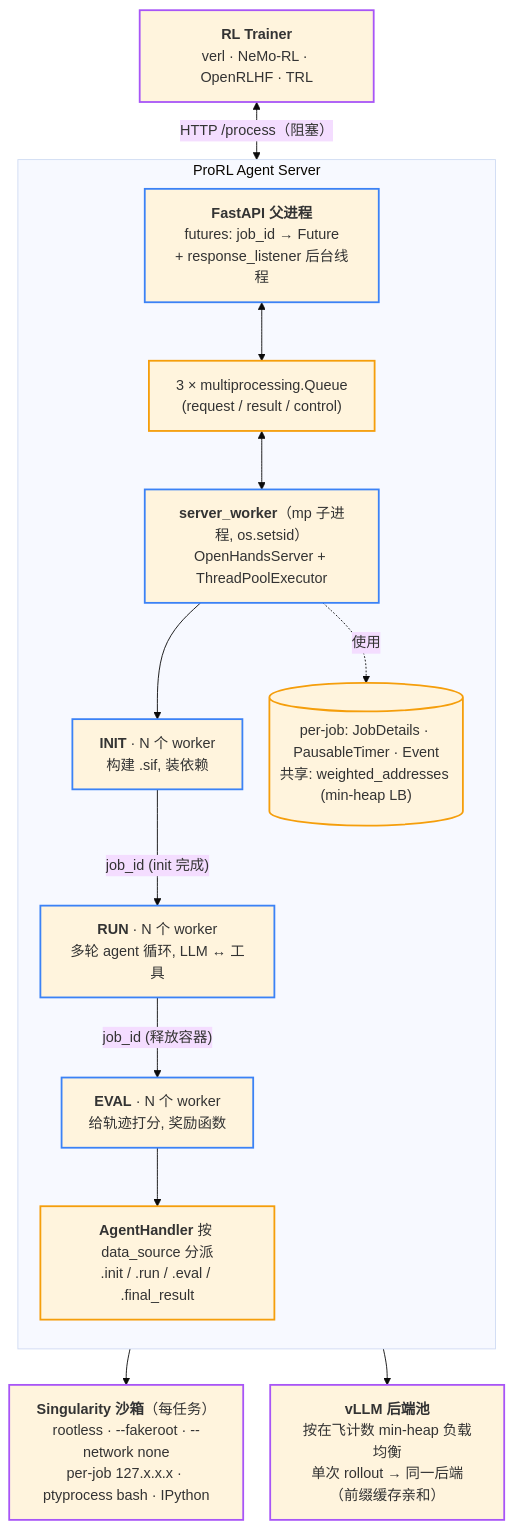
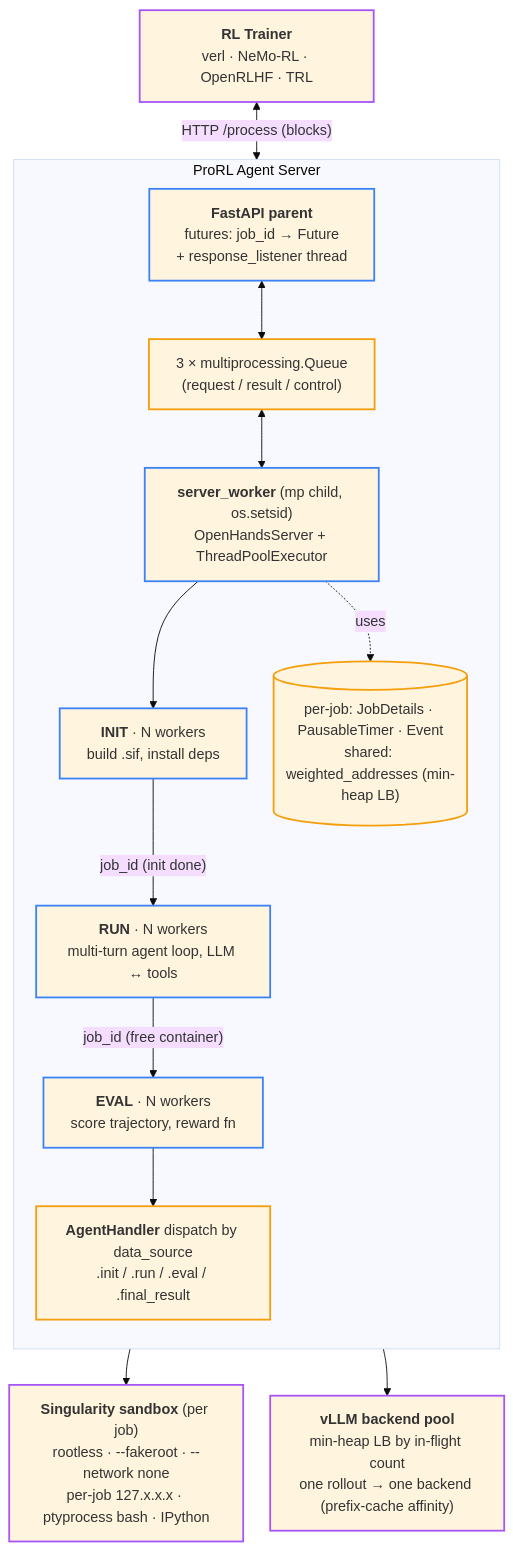
The diagram in CN/wiki/agentic-rl/prorl-agent.md (shikicloud/MLSys), drawn with Mermaid (base theme) before and after one commit. The commit also changed other lines of this file and 11 other files, not shown here.

````diff
--- a/CN/wiki/agentic-rl/prorl-agent.md
+++ b/CN/wiki/agentic-rl/prorl-agent.md
@@ -83,36 +100,36 @@
 ```mermaid
 %%{init: {"flowchart": {"nodeSpacing": 30, "rankSpacing": 40}}}%%
 flowchart TB
     classDef ext stroke:#a855f7,stroke-width:2px
     classDef svc stroke:#3b82f6,stroke-width:2px
     classDef state stroke:#f59e0b,stroke-width:2px
 
     Trainer["<b>RL Trainer</b><br/>verl · NeMo-RL · OpenRLHF · TRL"]:::ext
 
     subgraph Server["ProRL Agent Server"]
         direction TB
-        FastAPI["<b>FastAPI 父进程</b><br/>futures: job_id → Future<br/>+ response_listener 后台线程"]:::svc
+        FastAPI["<b>FastAPI parent</b><br/>futures: job_id → Future<br/>+ response_listener thread"]:::svc
         MQ["3 × multiprocessing.Queue<br/>(request / result / control)"]:::state
-        Worker["<b>server_worker</b>（mp 子进程, os.setsid）<br/>OpenHandsServer + ThreadPoolExecutor"]:::svc
-        INIT["<b>INIT</b> · N 个 worker<br/>构建 .sif, 装依赖"]:::svc
-        RUN["<b>RUN</b> · N 个 worker<br/>多轮 agent 循环, LLM ↔ 工具"]:::svc
-        EVAL["<b>EVAL</b> · N 个 worker<br/>给轨迹打分, 奖励函数"]:::svc
-        AHandler["<b>AgentHandler</b> 按 data_source 分派<br/>.init / .run / .eval / .final_result"]:::state
-        State[("per-job: JobDetails · PausableTimer · Event<br/>共享: weighted_addresses (min-heap LB)")]:::state
+        Worker["<b>server_worker</b> (mp child, os.setsid)<br/>OpenHandsServer + ThreadPoolExecutor"]:::svc
+        INIT["<b>INIT</b> · N workers<br/>build .sif, install deps"]:::svc
+        RUN["<b>RUN</b> · N workers<br/>multi-turn agent loop, LLM ↔ tools"]:::svc
+        EVAL["<b>EVAL</b> · N workers<br/>score trajectory, reward fn"]:::svc
+        AHandler["<b>AgentHandler</b> dispatch by data_source<br/>.init / .run / .eval / .final_result"]:::state
+        State[("per-job: JobDetails · PausableTimer · Event<br/>shared: weighted_addresses (min-heap LB)")]:::state
 
         FastAPI <--> MQ
         MQ <--> Worker
         Worker --> INIT
-        INIT -->|"job_id (init 完成)"| RUN
-        RUN -->|"job_id (释放容器)"| EVAL
+        INIT -->|"job_id (init done)"| RUN
+        RUN -->|"job_id (free container)"| EVAL
         EVAL --> AHandler
-        Worker -.使用.-> State
+        Worker -.uses.-> State
     end
 
-    Sandbox["<b>Singularity 沙箱</b>（每任务）<br/>rootless · --fakeroot · --network none<br/>per-job 127.x.x.x · ptyprocess bash · IPython"]:::ext
-    vLLM["<b>vLLM 后端池</b><br/>按在飞计数 min-heap 负载均衡<br/>单次 rollout → 同一后端（前缀缓存亲和）"]:::ext
+    Sandbox["<b>Singularity sandbox</b> (per job)<br/>rootless · --fakeroot · --network none<br/>per-job 127.x.x.x · ptyprocess bash · IPython"]:::ext
+    vLLM["<b>vLLM backend pool</b><br/>min-heap LB by in-flight count<br/>one rollout → one backend (prefix-cache affinity)"]:::ext
 
-    Trainer <-->|"HTTP /process（阻塞）"| Server
+    Trainer <-->|"HTTP /process (blocks)"| Server
     Worker --> Sandbox
     Worker --> vLLM
 ```
````
